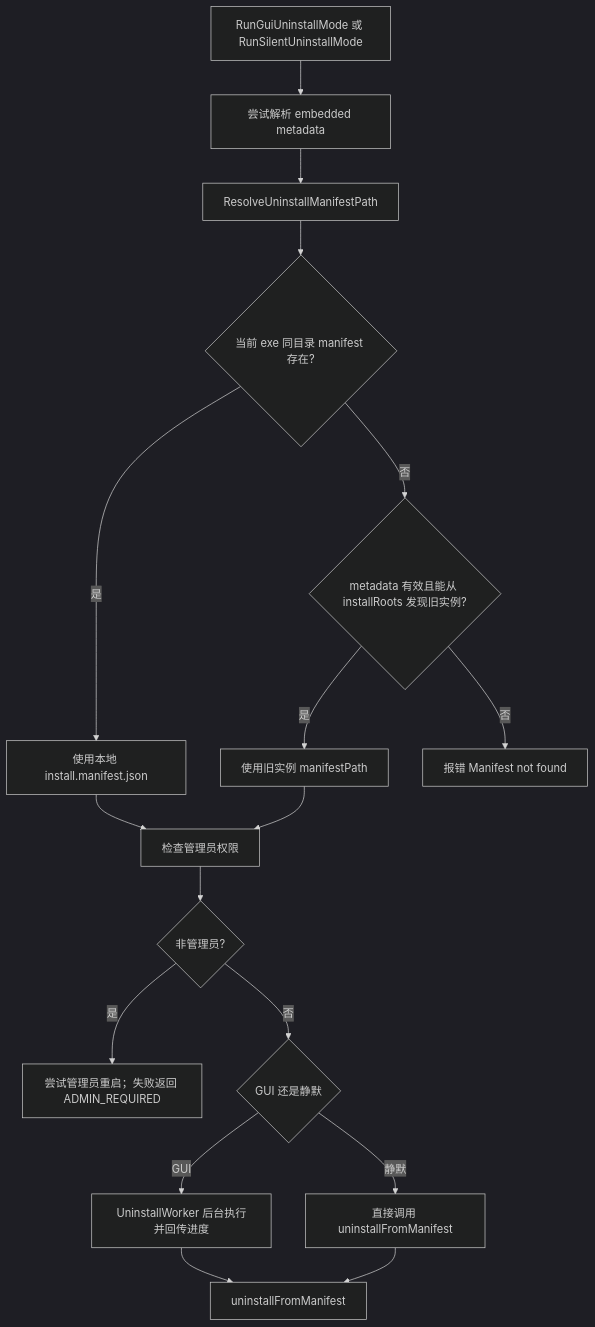
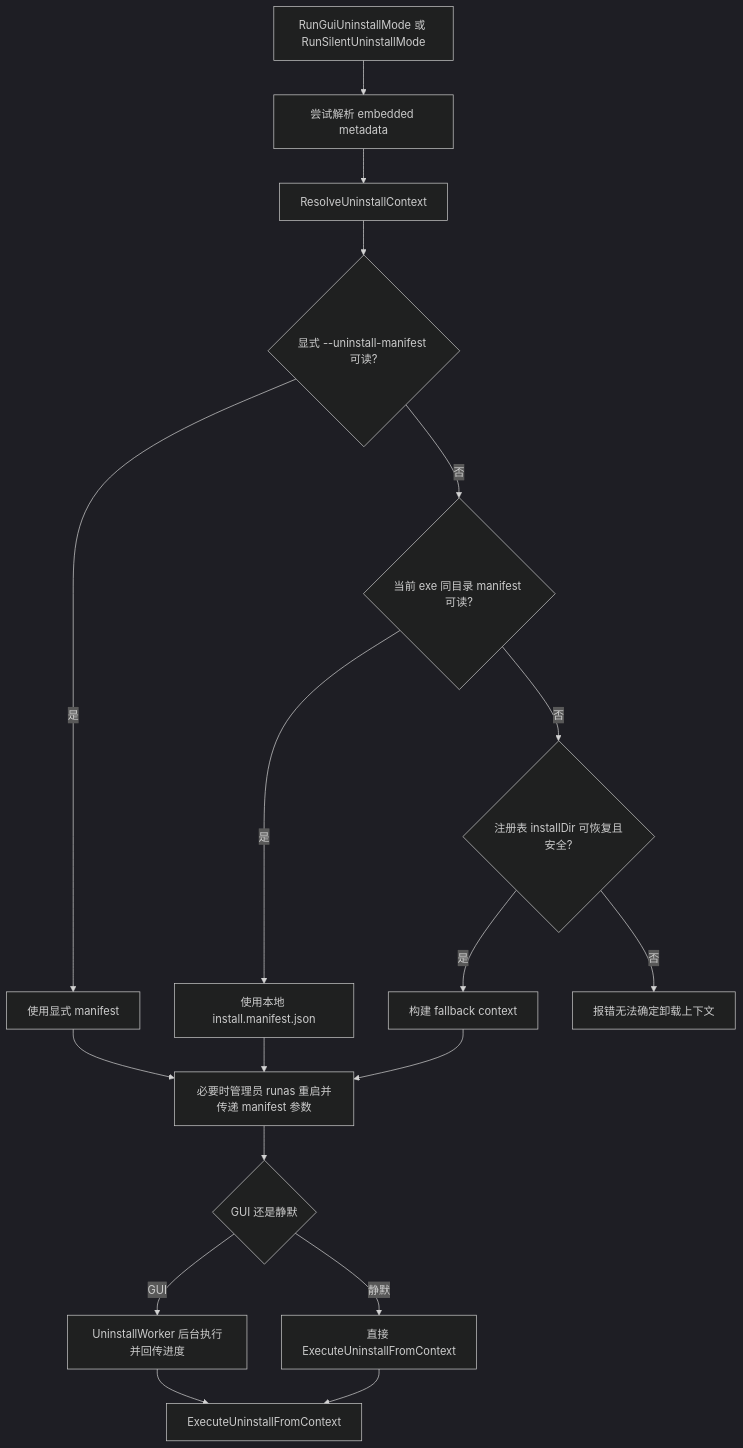
Before and after one commit to lu020218/Multi-Threaded_Installer: the tenth of 11 diagrams in docs/安装器流程图.md, drawn with Mermaid (dark theme). The commit also changed other lines of this file and 1 other file, not shown here.

Commit message:
更新流程图文档

````diff
--- a/docs/安装器流程图.md
+++ b/docs/安装器流程图.md
@@ -199,19 +223,20 @@
 ```mermaid
 flowchart TD
-    A[RunGuiUninstallMode 或 RunSilentUninstallMode] --> B[尝试解析 embedded metadata]
-    B --> C[ResolveUninstallManifestPath]
-    C --> D{当前 exe 同目录 manifest 存在?}
-    D -->|是| D1[使用本地 install.manifest.json]
-    D -->|否| E{metadata 有效且能从 installRoots 发现旧实例?}
-    E -->|是| E1[使用旧实例 manifestPath]
-    E -->|否| E2[报错 Manifest not found]
-    D1 --> F[检查管理员权限]
-    E1 --> F
-    F --> G{非管理员?}
-    G -->|是| G1[尝试管理员重启；失败返回 ADMIN_REQUIRED]
-    G -->|否| H{GUI 还是静默}
-    H -->|GUI| H1[UninstallWorker 后台执行并回传进度]
-    H -->|静默| H2[直接调用 uninstallFromManifest]
-    H1 --> I[uninstallFromManifest]
+    A["RunGuiUninstallMode 或 RunSilentUninstallMode"] --> B["尝试解析 embedded metadata"]
+    B --> C["ResolveUninstallContext"]
+    C --> D{"显式 --uninstall-manifest 可读?"}
+    D -->|是| D1["使用显式 manifest"]
+    D -->|否| E{"当前 exe 同目录 manifest 可读?"}
+    E -->|是| E1["使用本地 install.manifest.json"]
+    E -->|否| F{"注册表 installDir 可恢复且安全?"}
+    F -->|是| F1["构建 fallback context"]
+    F -->|否| F2["报错无法确定卸载上下文"]
+    D1 --> G["必要时管理员 runas 重启并传递 manifest 参数"]
+    E1 --> G
+    F1 --> G
+    G --> H{"GUI 还是静默"}
+    H -->|GUI| H1["UninstallWorker 后台执行并回传进度"]
+    H -->|静默| H2["直接 ExecuteUninstallFromContext"]
+    H1 --> I["ExecuteUninstallFromContext"]
     H2 --> I
 ```
````
